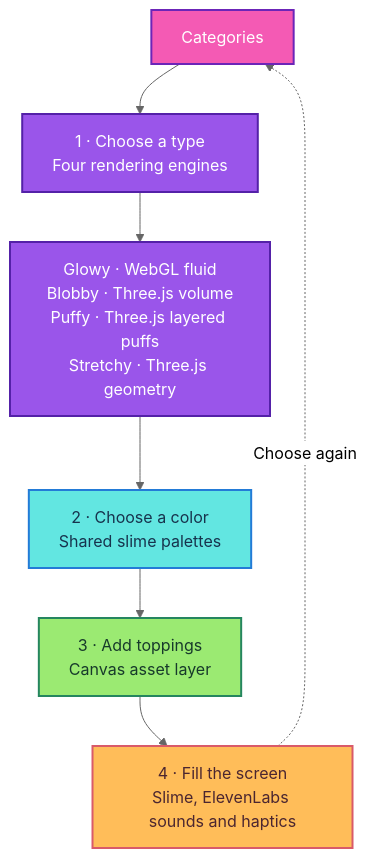
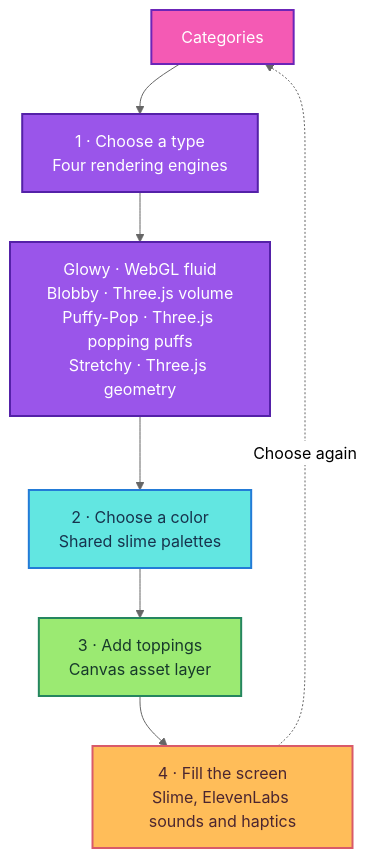
One commit to bitpixi2/rye-ryes-slime-time changed the diagram in README.md. Above: the diagram before and after it, drawn with Mermaid (neutral theme). The commit also changed other lines of this file and 5 other files, not shown here.

Commit message:
Turn Puffy into Puffy-Pop

````diff
--- a/README.md
+++ b/README.md
@@ -11,21 +11,21 @@
 ```mermaid
 flowchart TB
     UI["Categories"] --> Type["1 · Choose a type<br/>Four rendering engines"]
-    Type --> Engines["Glowy · WebGL fluid<br/>Blobby · Three.js volume<br/>Puffy · Three.js layered puffs<br/>Stretchy · Three.js geometry"]
+    Type --> Engines["Glowy · WebGL fluid<br/>Blobby · Three.js volume<br/>Puffy-Pop · Three.js popping puffs<br/>Stretchy · Three.js geometry"]
     Engines --> Color["2 · Choose a color<br/>Shared slime palettes"]
     Color --> Toppings["3 · Add toppings<br/>Canvas asset layer"]
     Toppings --> Stage["4 · Fill the screen<br/>Slime, ElevenLabs sounds and haptics"]
     Stage -. "Choose again" .-> UI
 
     classDef berry fill:#f45ab4,stroke:#6c25b8,color:#ffffff,stroke-width:2px
     classDef lime fill:#9bea72,stroke:#25865f,color:#173a2b,stroke-width:2px
     classDef mango fill:#ffbd59,stroke:#d95a69,color:#4b2630,stroke-width:2px
     classDef aqua fill:#62e6e1,stroke:#237bd7,color:#17334d,stroke-width:2px
     classDef grape fill:#9a55ea,stroke:#5421a8,color:#ffffff,stroke-width:2px
 
     class UI berry
     class Type,Engines grape
     class Color aqua
     class Toppings lime
     class Stage mango
 ```
````
